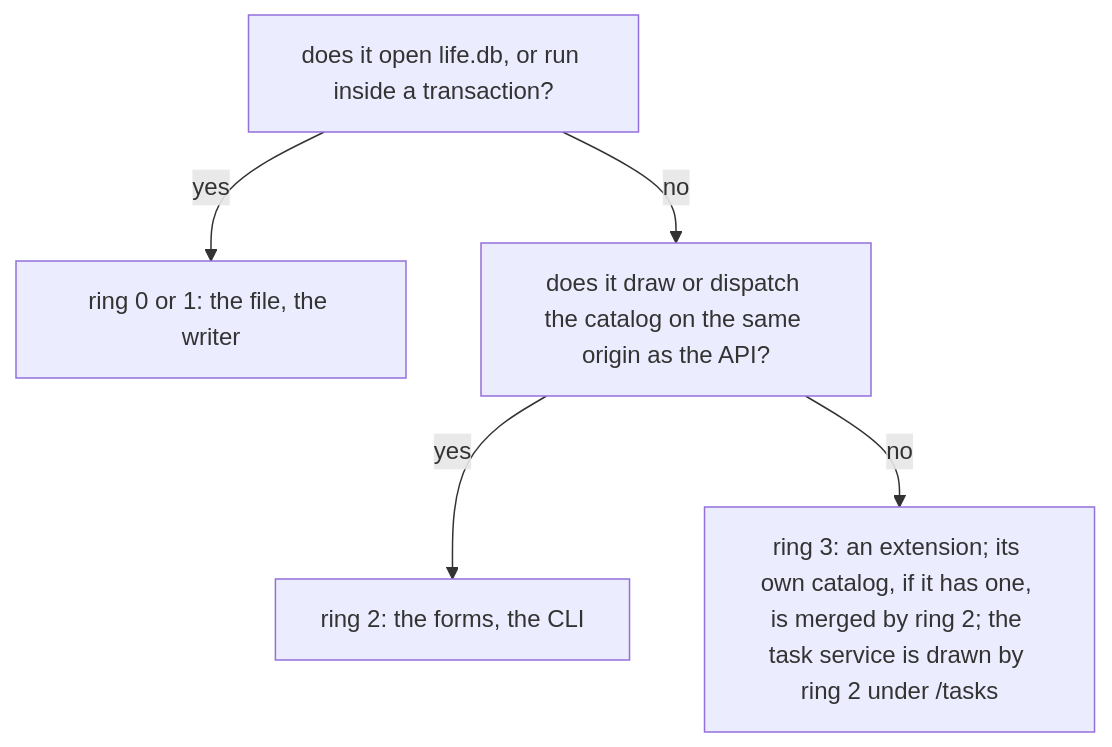
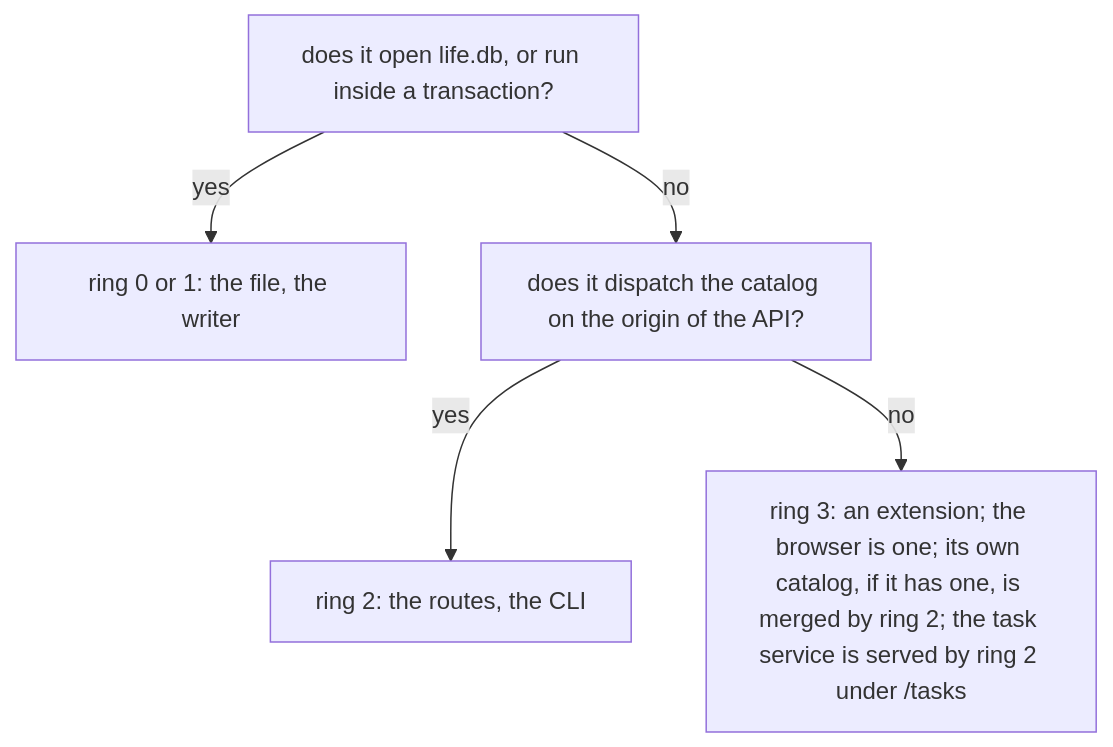
Before and after one commit to alexradunet/aminte: the second of 2 diagrams in AGENTS.md, drawn with Mermaid. The commit also changed other lines of this file and 13 other files, not shown here.

````diff
--- a/AGENTS.md
+++ b/AGENTS.md
@@ -173,7 +179,7 @@
 ```mermaid
 flowchart TD
   Q["does it open life.db, or run inside a transaction?"] -->|"yes"| C["ring 0 or 1: the file, the writer"]
-  Q -->|"no"| R["does it draw or dispatch the catalog on the same origin as the API?"]
-  R -->|"yes"| K["ring 2: the forms, the CLI"]
-  R -->|"no"| E["ring 3: an extension; its own catalog, if it has one, is merged by ring 2; the task service is drawn by ring 2 under /tasks"]
+  Q -->|"no"| R["does it dispatch the catalog on the origin of the API?"]
+  R -->|"yes"| K["ring 2: the routes, the CLI"]
+  R -->|"no"| E["ring 3: an extension; the browser is one; its own catalog, if it has one, is merged by ring 2; the task service is served by ring 2 under /tasks"]
 ```
````
